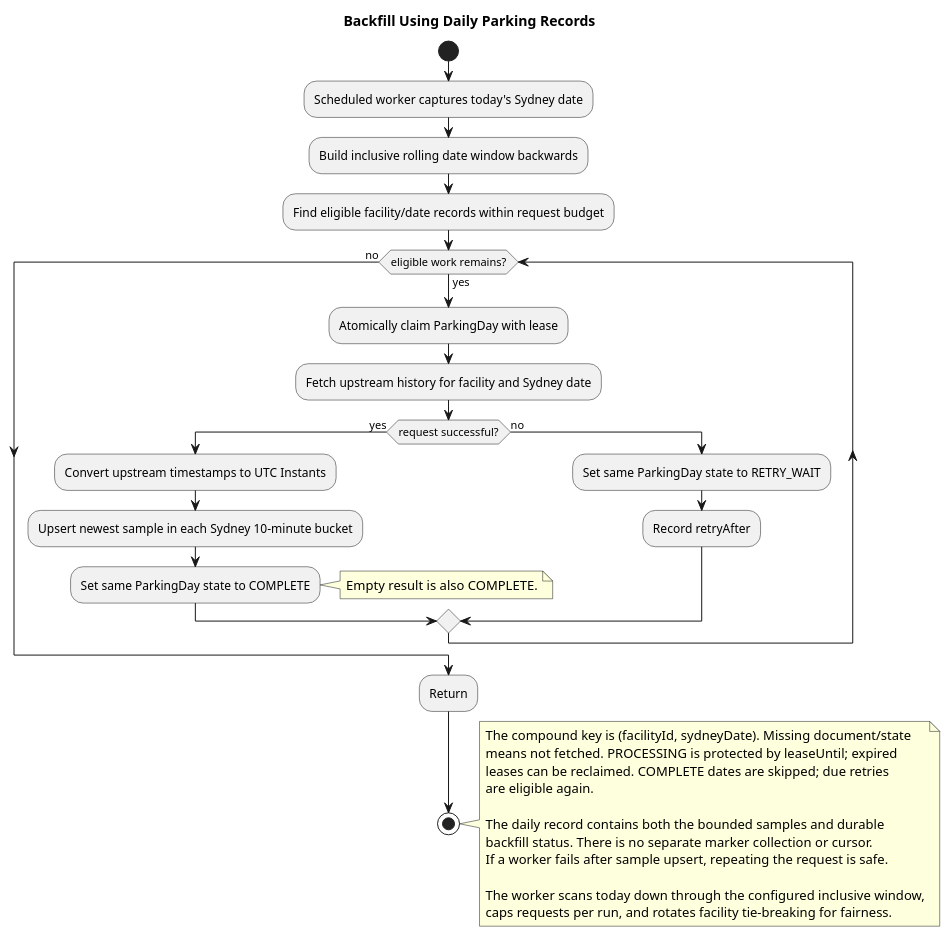
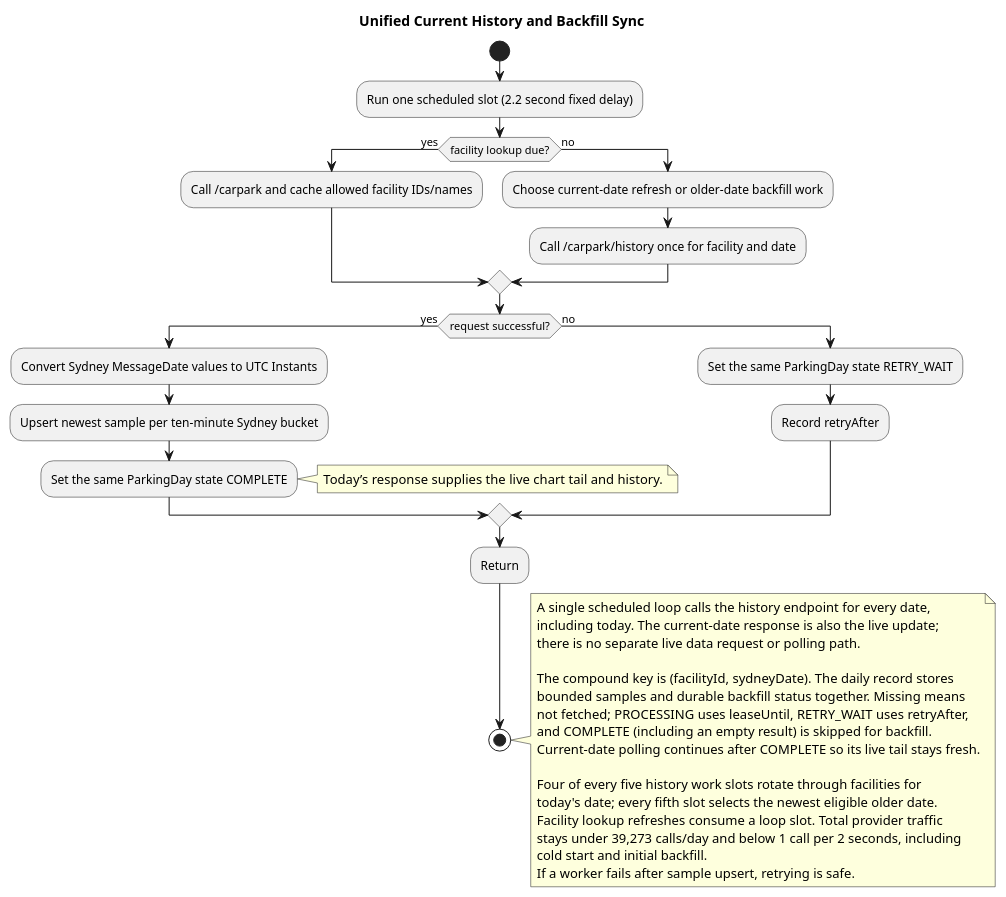
One commit to Ethan-Singh/metro-parking-web-service changed the diagram in domain/models/backfill-flow.puml. Above: the diagram before and after it, drawn with PlantUML. The commit also changed 5 other files, not shown here.

Commit message:
docs: document parking domain and API contract

```diff
--- a/domain/models/backfill-flow.puml
+++ b/domain/models/backfill-flow.puml
@@ -1,36 +1,41 @@
 @startuml
-title Backfill Using Daily Parking Records
+title Unified Current History and Backfill Sync
 start
-:Scheduled worker captures today's Sydney date;
-:Build inclusive rolling date window backwards;
-:Find eligible facility/date records within request budget;
-while (eligible work remains?) is (yes)
-  :Atomically claim ParkingDay with lease;
-  :Fetch upstream history for facility and Sydney date;
-  if (request successful?) then (yes)
-    :Convert upstream timestamps to UTC Instants;
-    :Upsert newest sample in each Sydney 10-minute bucket;
-    :Set same ParkingDay state to COMPLETE;
-    note right: Empty result is also COMPLETE.
-  else (no)
-    :Set same ParkingDay state to RETRY_WAIT;
-    :Record retryAfter;
-  endif
-endwhile (no)
+:Run one scheduled slot (2.2 second fixed delay);
+if (facility lookup due?) then (yes)
+  :Call /carpark and cache allowed facility IDs/names;
+else (no)
+  :Choose current-date refresh or older-date backfill work;
+  :Call /carpark/history once for facility and date;
+endif
+if (request successful?) then (yes)
+  :Convert Sydney MessageDate values to UTC Instants;
+  :Upsert newest sample per ten-minute Sydney bucket;
+  :Set the same ParkingDay state COMPLETE;
+  note right: Today’s response supplies the live chart tail and history.
+else (no)
+  :Set the same ParkingDay state RETRY_WAIT;
+  :Record retryAfter;
+endif
 :Return;
 stop
 
 note right
-  The compound key is (facilityId, sydneyDate). Missing document/state
-  means not fetched. PROCESSING is protected by leaseUntil; expired
-  leases can be reclaimed. COMPLETE dates are skipped; due retries
-  are eligible again.
+  A single scheduled loop calls the history endpoint for every date,
+  including today. The current-date response is also the live update;
+  there is no separate live data request or polling path.
 
-  The daily record contains both the bounded samples and durable
-  backfill status. There is no separate marker collection or cursor.
-  If a worker fails after sample upsert, repeating the request is safe.
+  The compound key is (facilityId, sydneyDate). The daily record stores
+  bounded samples and durable backfill status together. Missing means
+  not fetched; PROCESSING uses leaseUntil, RETRY_WAIT uses retryAfter,
+  and COMPLETE (including an empty result) is skipped for backfill.
+  Current-date polling continues after COMPLETE so its live tail stays fresh.
 
-  The worker scans today down through the configured inclusive window,
-  caps requests per run, and rotates facility tie-breaking for fairness.
+  Four of every five history work slots rotate through facilities for
+  today's date; every fifth slot selects the newest eligible older date.
+  Facility lookup refreshes consume a loop slot. Total provider traffic
+  stays under 39,273 calls/day and below 1 call per 2 seconds, including
+  cold start and initial backfill.
+  If a worker fails after sample upsert, retrying is safe.
 end note
 @enduml
```
